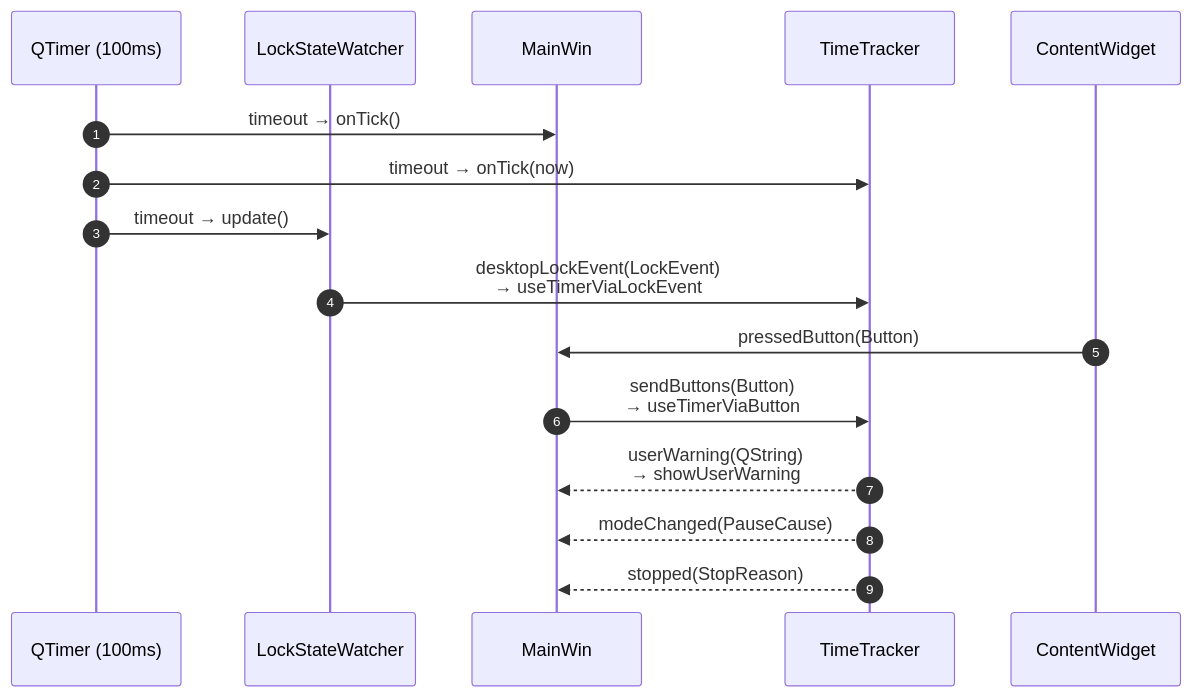
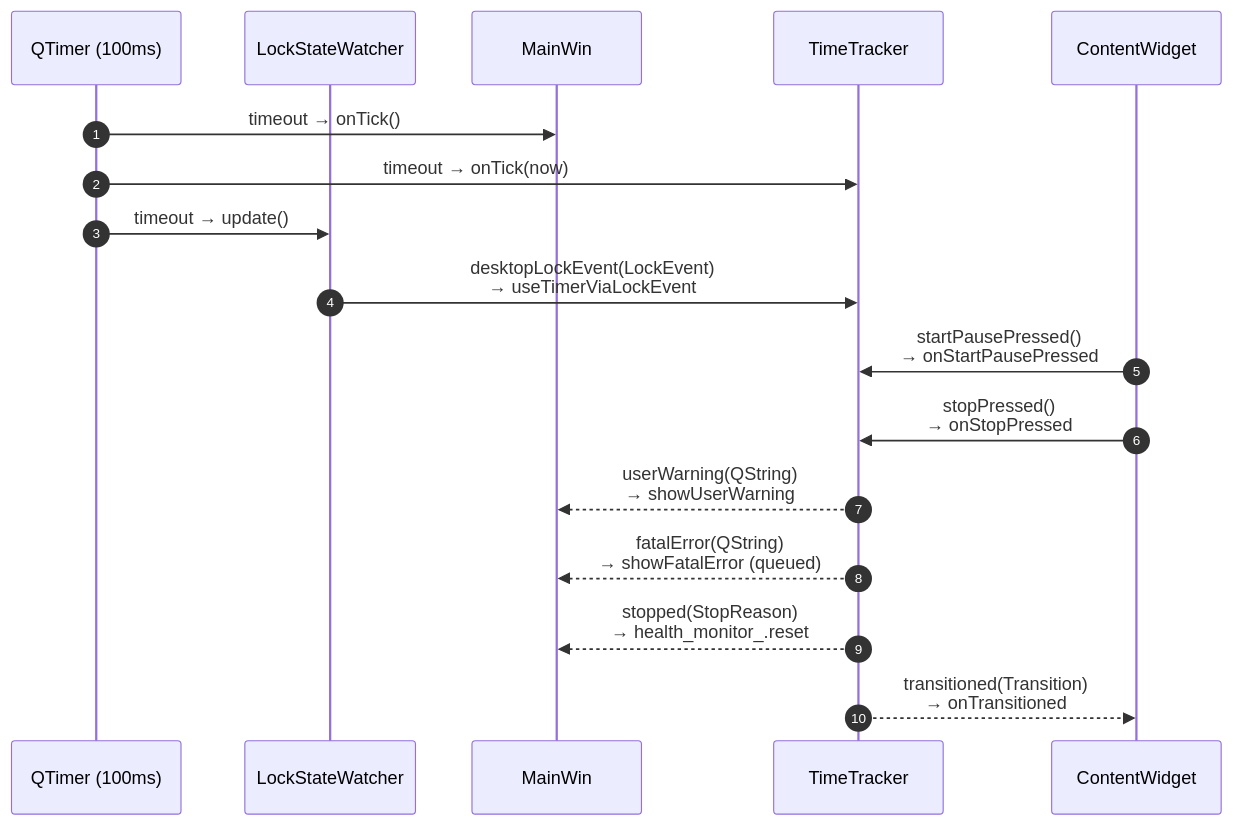
One commit to marifoo/PausePilot changed the second of 2 diagrams in doc/architecture.md. Above: the diagram before and after it, drawn with Mermaid. The commit also changed other lines of this file and 5 other files, not shown here.

````diff
--- a/doc/architecture.md
+++ b/doc/architecture.md
@@ -147,19 +164,20 @@
 ```mermaid
 sequenceDiagram
     autonumber
     participant QT as QTimer (100ms)
     participant LW as LockStateWatcher
     participant MW as MainWin
     participant TT as TimeTracker
     participant CW as ContentWidget
 
     QT->>MW: timeout → onTick()
     QT->>TT: timeout → onTick(now)
     QT->>LW: timeout → update()
     LW->>TT: desktopLockEvent(LockEvent)<br/>→ useTimerViaLockEvent
-    CW->>MW: pressedButton(Button)
-    MW->>TT: sendButtons(Button)<br/>→ useTimerViaButton
+    CW->>TT: startPausePressed()<br/>→ onStartPausePressed
+    CW->>TT: stopPressed()<br/>→ onStopPressed
     TT-->>MW: userWarning(QString)<br/>→ showUserWarning
-    TT-->>MW: modeChanged(PauseCause)
-    TT-->>MW: stopped(StopReason)
+    TT-->>MW: fatalError(QString)<br/>→ showFatalError (queued)
+    TT-->>MW: stopped(StopReason)<br/>→ health_monitor_.reset
+    TT-->>CW: transitioned(Transition)<br/>→ onTransitioned
 ```
````
